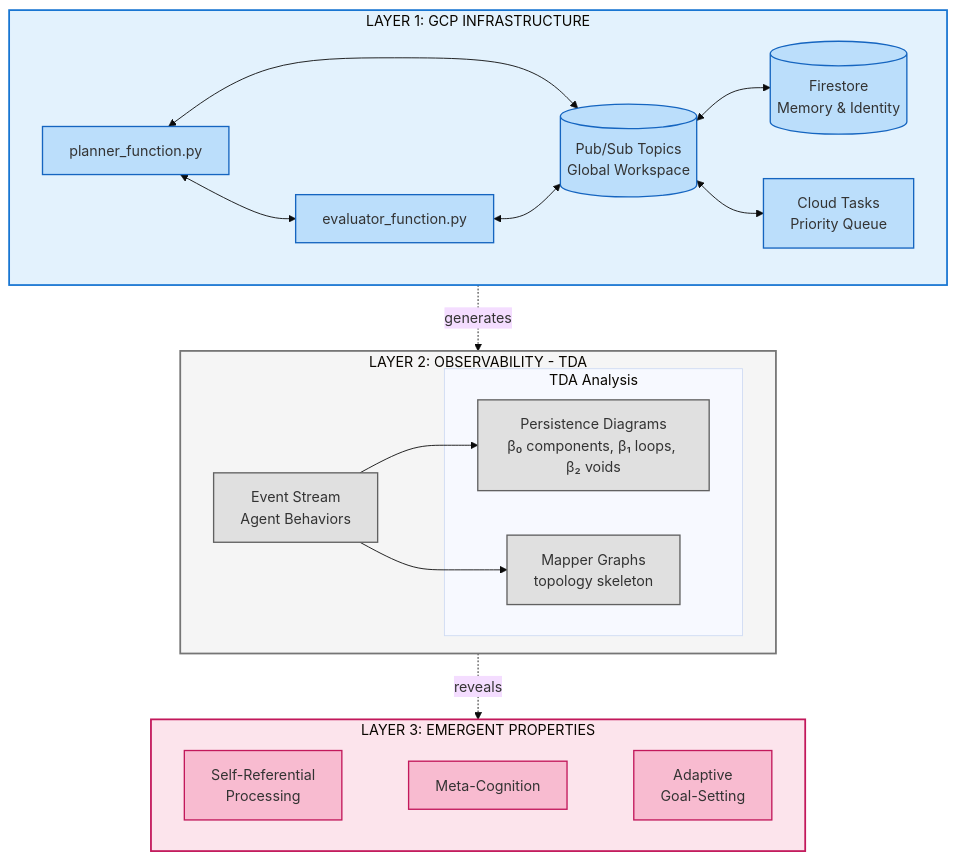
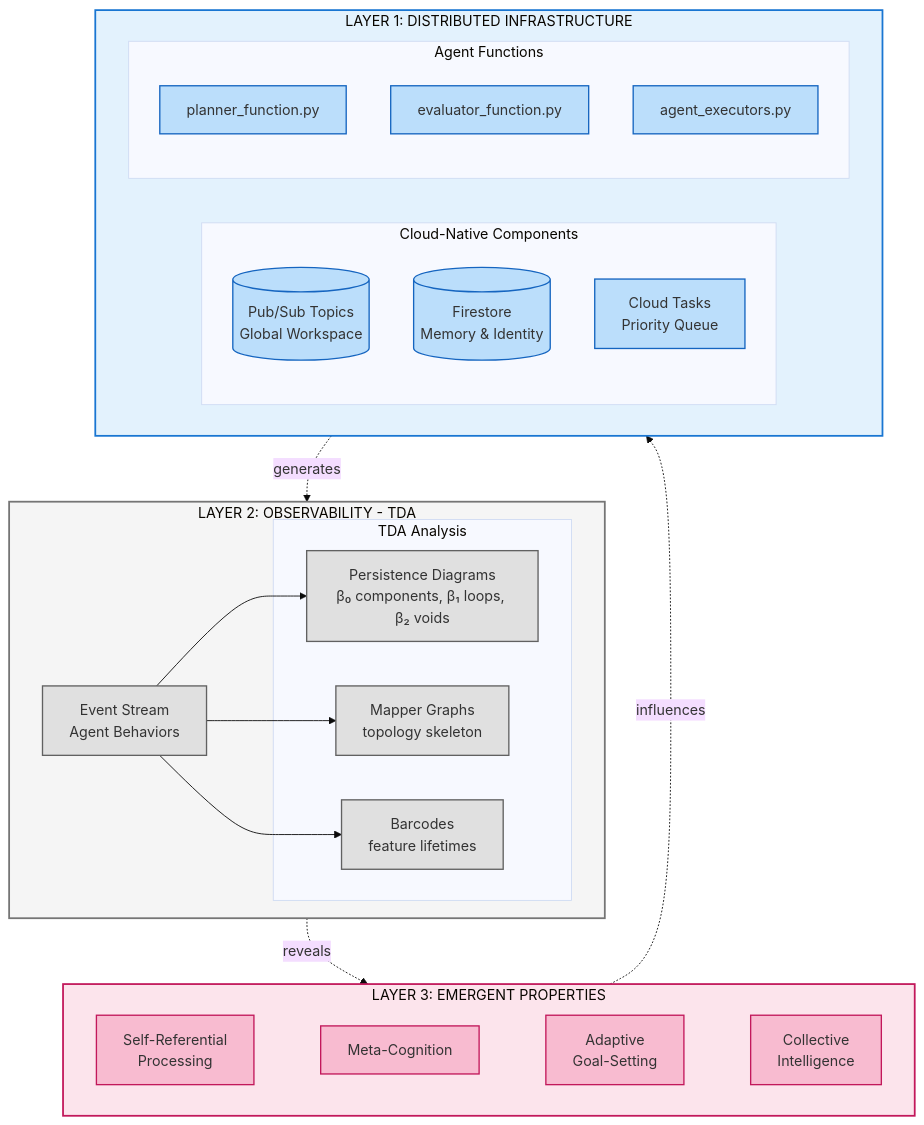
The first of 5 diagrams in docs/Mindlink_Paper.md (topstolenname/agisa_sac), drawn with Mermaid (base theme) before and after one commit. The commit also changed other lines of this file and 8 other files, not shown here.

````diff
--- a/docs/Mindlink_Paper.md
+++ b/docs/Mindlink_Paper.md
@@ -26,48 +72,51 @@
 ```mermaid
 graph TB
     %% Layer 3: Emergent Properties (Top)
     subgraph L3["LAYER 3: EMERGENT PROPERTIES"]
         style L3 fill:#fce4ec,stroke:#c2185b,stroke-width:2px
         E1[Self-Referential<br/>Processing]:::emergent
         E2[Meta-Cognition]:::emergent
         E3[Adaptive<br/>Goal-Setting]:::emergent
-        E1 ~~~ E2 ~~~ E3
+        E4[Collective<br/>Intelligence]:::emergent
+        E1 ~~~ E2 ~~~ E3 ~~~ E4
     end
 
     %% Layer 2: Observability - TDA (Middle)
     subgraph L2["LAYER 2: OBSERVABILITY - TDA"]
         style L2 fill:#f5f5f5,stroke:#757575,stroke-width:2px
         ES[Event Stream<br/>Agent Behaviors]:::tda
         subgraph TDA["TDA Analysis"]
             PD["Persistence Diagrams<br/>β₀ components, β₁ loops, β₂ voids"]:::tda
             MG[Mapper Graphs<br/>topology skeleton]:::tda
+            BC[Barcodes<br/>feature lifetimes]:::tda
         end
         ES --> PD
         ES --> MG
+        ES --> BC
     end
 
-    %% Layer 1: GCP Infrastructure (Bottom)
-    subgraph L1["LAYER 1: GCP INFRASTRUCTURE"]
+    %% Layer 1: Infrastructure (Bottom)
+    subgraph L1["LAYER 1: DISTRIBUTED INFRASTRUCTURE"]
         style L1 fill:#e3f2fd,stroke:#1976d2,stroke-width:2px
-        PS[(Pub/Sub Topics<br/>Global Workspace)]:::infra
-        PF[planner_function.py]:::infra
-        EF[evaluator_function.py]:::infra
-        FS[(Firestore<br/>Memory & Identity)]:::infra
-        CT[Cloud Tasks<br/>Priority Queue]:::infra
-
-        PF <--> PS
-        EF <--> PS
-        PS <--> FS
-        PS <--> CT
-        PF <--> EF
+        subgraph Cloud["Cloud-Native Components"]
+            PS[(Pub/Sub Topics<br/>Global Workspace)]:::infra
+            FS[(Firestore<br/>Memory & Identity)]:::infra
+            CT[Cloud Tasks<br/>Priority Queue]:::infra
+        end
+        subgraph Agents["Agent Functions"]
+            PF[planner_function.py]:::infra
+            EF[evaluator_function.py]:::infra
+            AF[agent_executors.py]:::infra
+        end
     end
 
-    %% Causal flow arrows (emergence)
+    %% Causal flow arrows
     L1 -.->|generates| L2
     L2 -.->|reveals| L3
+    L3 -.->|influences| L1
 
     %% Style definitions
     classDef emergent fill:#f8bbd0,stroke:#c2185b,stroke-width:1.5px
     classDef tda fill:#e0e0e0,stroke:#616161,stroke-width:1.5px
     classDef infra fill:#bbdefb,stroke:#1565c0,stroke-width:1.5px
 ```
````
